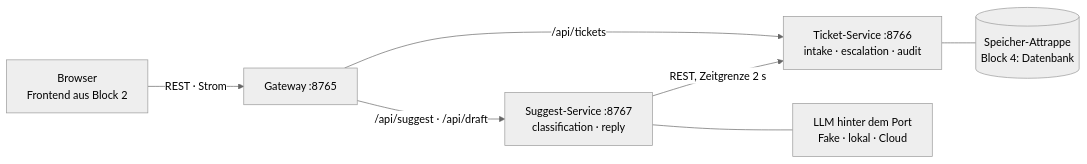
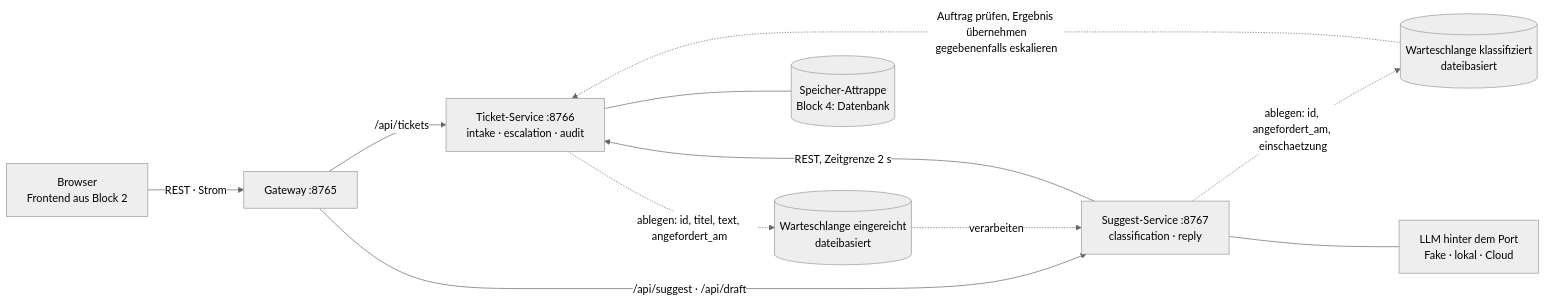
One commit to permarco/supportflow changed the third of 3 diagrams in SPEC.md. Above: the diagram before and after it, drawn with Mermaid (neutral theme). The commit also changed other lines of this file and 11 other files, not shown here.

````diff
--- a/SPEC.md
+++ b/SPEC.md
@@ -304,9 +364,13 @@
 ```mermaid
 flowchart LR
     B["Browser<br/>Frontend aus Block 2"] -->|"REST · Strom"| G["Gateway :8765"]
     G -->|"/api/tickets"| T["Ticket-Service :8766<br/>intake · escalation · audit"]
     G -->|"/api/suggest · /api/draft"| S["Suggest-Service :8767<br/>classification · reply"]
     S -->|"REST, Zeitgrenze 2 s"| T
+    T -.->|"ablegen: id, titel, text, angefordert_am"| E[("Warteschlange eingereicht<br/>dateibasiert")]
+    E -.->|"verarbeiten"| S
+    S -.->|"ablegen: id, angefordert_am, einschaetzung"| K[("Warteschlange klassifiziert<br/>dateibasiert")]
+    K -.->|"Auftrag prüfen, Ergebnis übernehmen<br/>gegebenenfalls eskalieren"| T
     T --- D[("Speicher-Attrappe<br/>Block 4: Datenbank")]
     S --- L["LLM hinter dem Port<br/>Fake · lokal · Cloud"]
 ```
````
